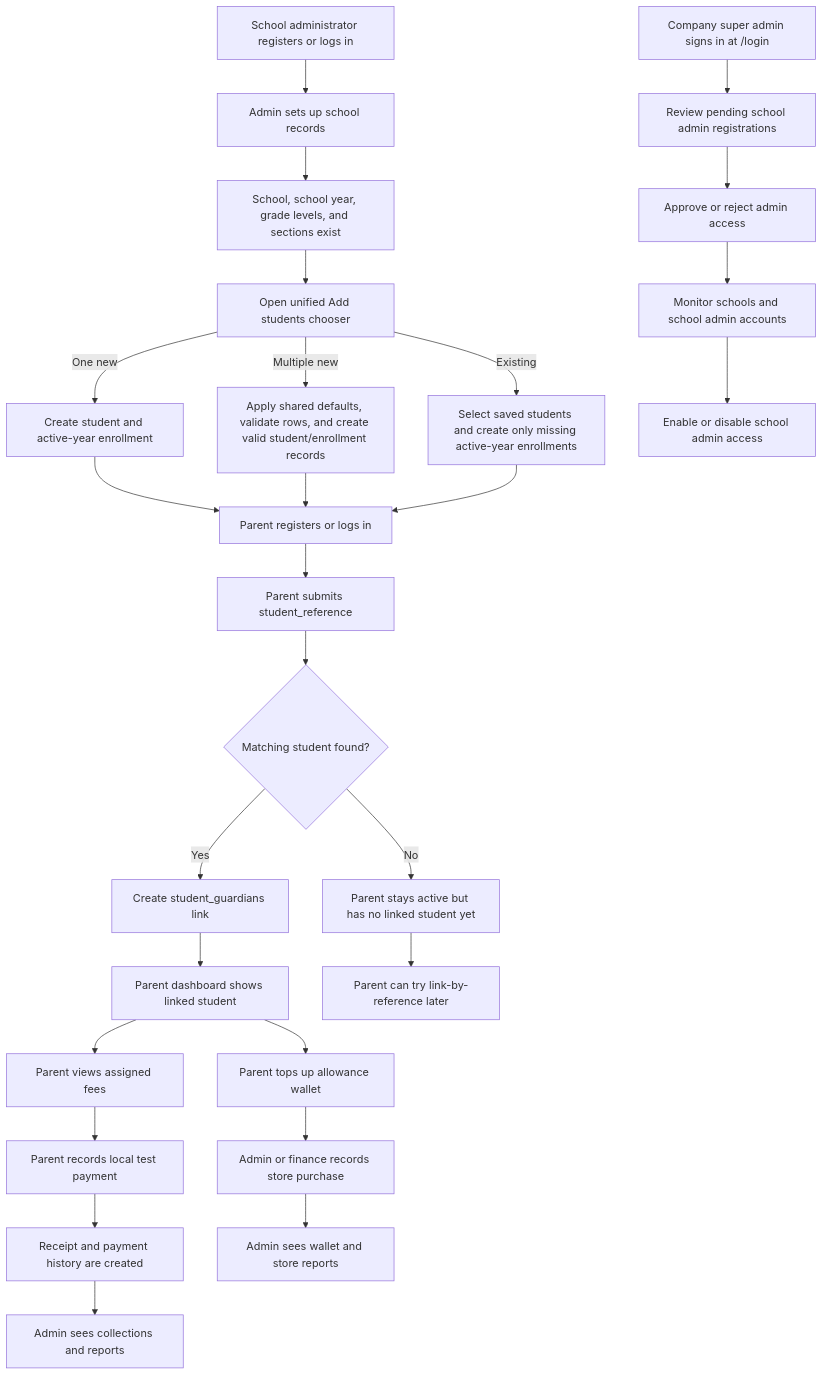
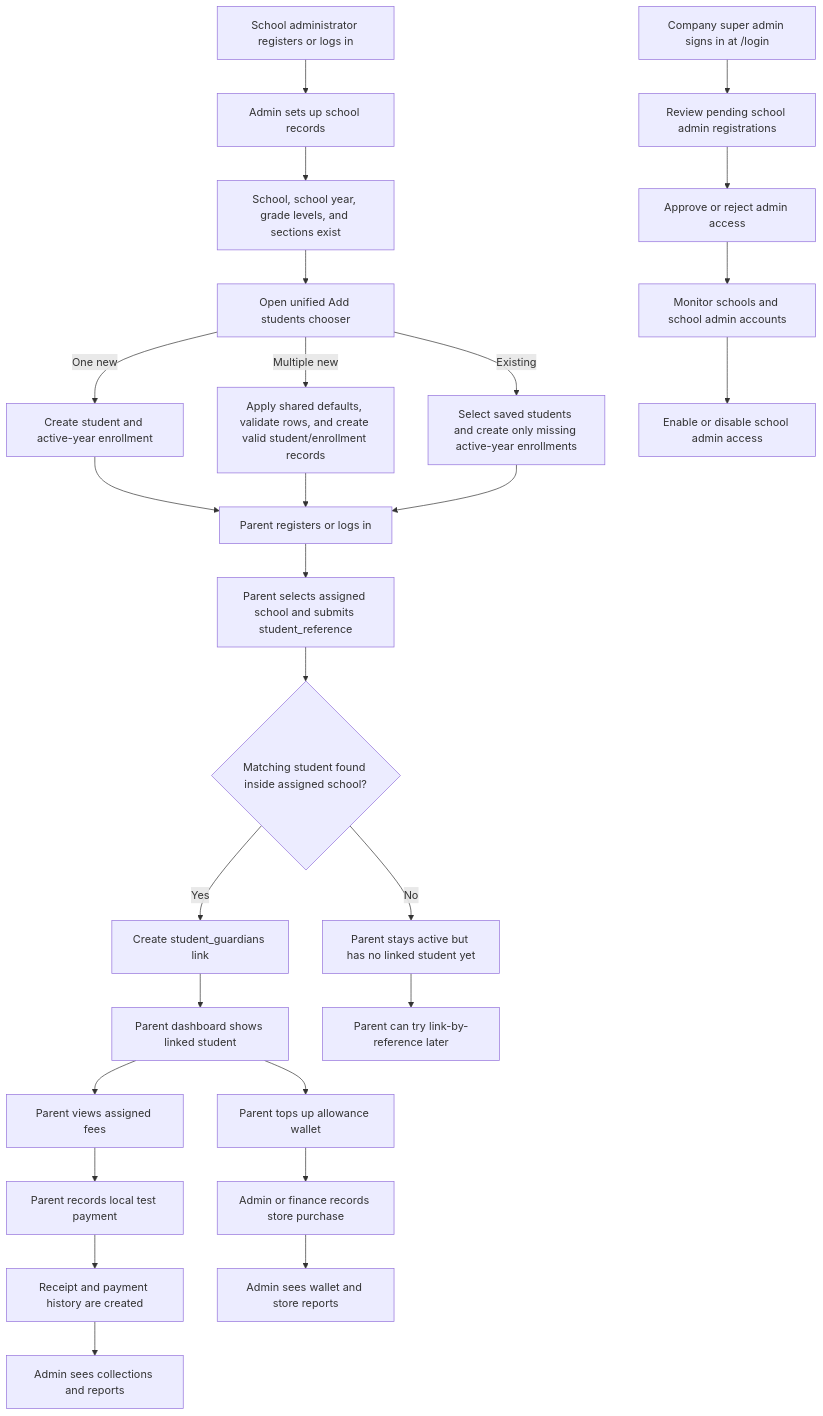
The first of 23 diagrams in docs/PROJECT_FLOWCHARTS.md (Xeyn19/xmetapay), drawn with Mermaid before and after one commit. The commit also changed other lines of this file and 34 other files, not shown here.

Commit message:
feat(parent): enforce single-school parent scope

````diff
--- a/docs/PROJECT_FLOWCHARTS.md
+++ b/docs/PROJECT_FLOWCHARTS.md
@@ -82,32 +82,32 @@
 ```mermaid
 flowchart TD
   A["School administrator registers or logs in"] --> B["Admin sets up school records"]
   B --> C["School, school year, grade levels, and sections exist"]
   C --> D["Open unified Add students chooser"]
   D -->|One new| E["Create student and active-year enrollment"]
   D -->|Multiple new| F["Apply shared defaults, validate rows, and create valid student/enrollment records"]
   D -->|Existing| F1["Select saved students and create only missing active-year enrollments"]
   E --> G["Student gets official student_reference"]
   F --> G
   F1 --> G
 
-  G["Parent registers or logs in"] --> H["Parent submits student_reference"]
-  H --> I{"Matching student found?"}
+  G["Parent registers or logs in"] --> H["Parent selects assigned school and submits student_reference"]
+  H --> I{"Matching student found inside assigned school?"}
   I -->|Yes| J["Create student_guardians link"]
   I -->|No| K["Parent stays active but has no linked student yet"]
   J --> L["Parent dashboard shows linked student"]
   K --> M["Parent can try link-by-reference later"]
 
   L --> N["Parent views assigned fees"]
   N --> O["Parent records local test payment"]
   O --> P["Receipt and payment history are created"]
   L --> Q["Parent tops up allowance wallet"]
   Q --> R["Admin or finance records store purchase"]
 
   P --> S["Admin sees collections and reports"]
   R --> T["Admin sees wallet and store reports"]
   U["Company super admin signs in at /login"] --> V["Review pending school admin registrations"]
   V --> W["Approve or reject admin access"]
   W --> X["Monitor schools and school admin accounts"]
   X --> Y["Enable or disable school admin access"]
 ```
````
